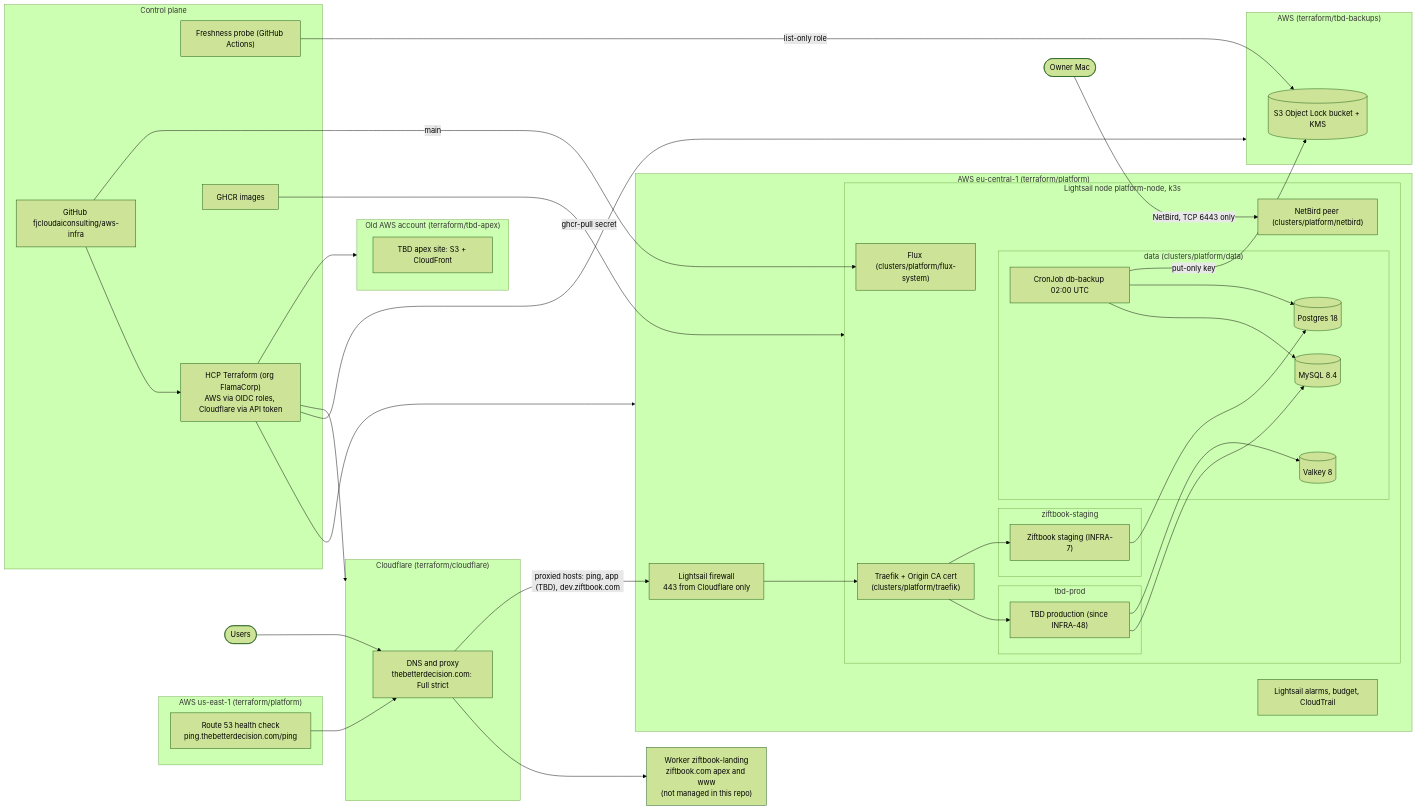
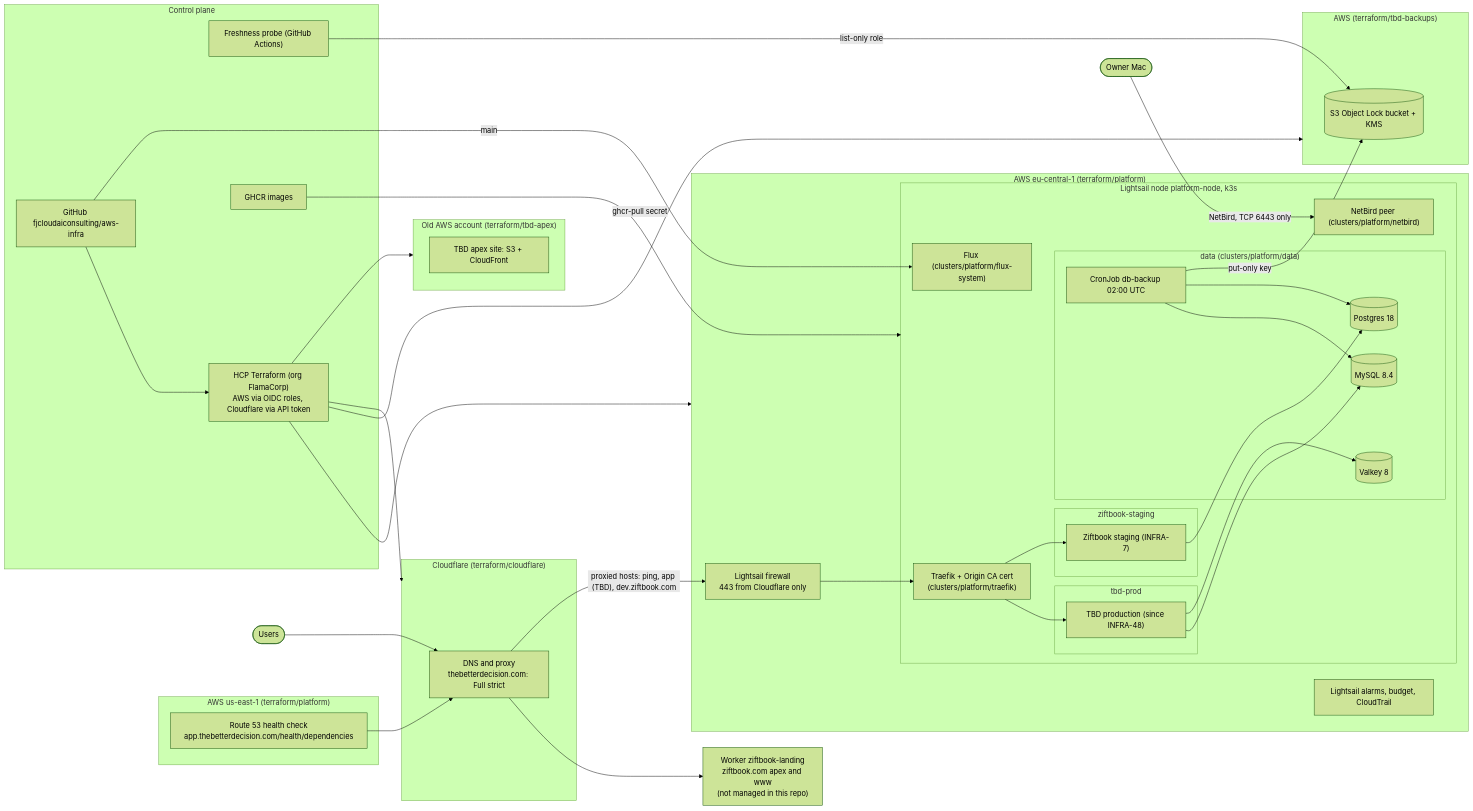
The diagram in docs/architecture.md (fjcloudaiconsulting/aws-infra), drawn with Mermaid (forest theme) before and after one commit. The commit also changed 2 other files, not shown here.

Commit message:
feat(platform): uptime check reads TBD's /health/dependencies (INFRA-48)
The Route 53 health check moves from Traefik's /ping to
app.thebetterdecision.com/health/dependencies, so a down app, MySQL or Valkey
alarms too. fqdn and path update in place; the alarm keeps its name and check
id. Merge after the cutover's final go (docs/tbd-cutover.md step 6).

````diff
--- a/docs/architecture.md
+++ b/docs/architecture.md
@@ -7,63 +7,63 @@
 ```mermaid
 flowchart LR
   user([Users]) --> cf
 
   subgraph cloudflare["Cloudflare (terraform/cloudflare)"]
     cf["DNS and proxy<br/>thebetterdecision.com: Full strict"]
   end
   worker["Worker ziftbook-landing<br/>ziftbook.com apex and www<br/>(not managed in this repo)"]
   cf --> worker
 
   subgraph aws_platform["AWS eu-central-1 (terraform/platform)"]
     fw["Lightsail firewall<br/>443 from Cloudflare only"]
     subgraph node["Lightsail node platform-node, k3s"]
       traefik["Traefik + Origin CA cert<br/>(clusters/platform/traefik)"]
       subgraph ns_tbd["tbd-prod"]
         tbdapp["TBD production (since INFRA-48)"]
       end
       subgraph ns_zif["ziftbook-staging"]
         zifapp["Ziftbook staging (INFRA-7)"]
       end
       subgraph ns_data["data (clusters/platform/data)"]
         mysql[("MySQL 8.4")]
         postgres[("Postgres 18")]
         valkey[("Valkey 8")]
         backup["CronJob db-backup 02:00 UTC"]
       end
       flux["Flux (clusters/platform/flux-system)"]
       netbird["NetBird peer (clusters/platform/netbird)"]
     end
     alarms["Lightsail alarms, budget, CloudTrail"]
   end
   cf -->|"proxied hosts: ping, app (TBD), dev.ziftbook.com"| fw --> traefik
   traefik --> tbdapp & zifapp
   tbdapp --> mysql & valkey
   zifapp --> postgres
   backup --> mysql & postgres
 
   subgraph aws_backups["AWS (terraform/tbd-backups)"]
     bucket[("S3 Object Lock bucket + KMS")]
   end
   backup -->|"put-only key"| bucket
   probe -->|"list-only role"| bucket
 
   subgraph useast["AWS us-east-1 (terraform/platform)"]
-    hc["Route 53 health check<br/>ping.thebetterdecision.com/ping"]
+    hc["Route 53 health check<br/>app.thebetterdecision.com/health/dependencies"]
   end
   hc --> cf
 
   subgraph oldacct["Old AWS account (terraform/tbd-apex)"]
     apex["TBD apex site: S3 + CloudFront"]
   end
 
   subgraph control["Control plane"]
     gh["GitHub fjcloudaiconsulting/aws-infra"]
     tfc["HCP Terraform (org FlamaCorp)<br/>AWS via OIDC roles, Cloudflare via API token"]
     ghcr["GHCR images"]
     probe["Freshness probe (GitHub Actions)"]
   end
   gh --> tfc --> aws_platform & aws_backups & cloudflare & oldacct
   gh -->|"main"| flux
   ghcr -->|"ghcr-pull secret"| node
   owner([Owner Mac]) -->|"NetBird, TCP 6443 only"| netbird
 ```
````
